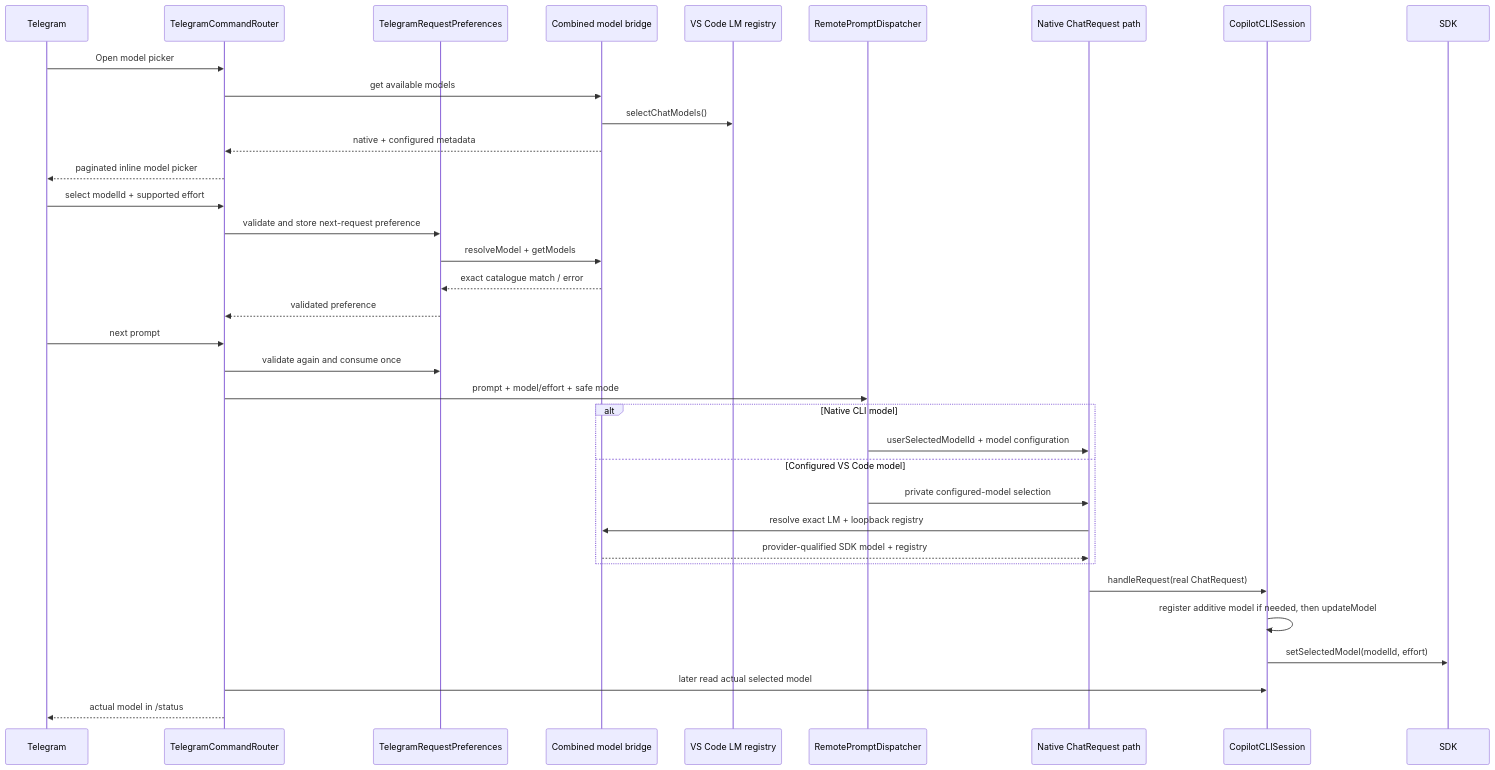
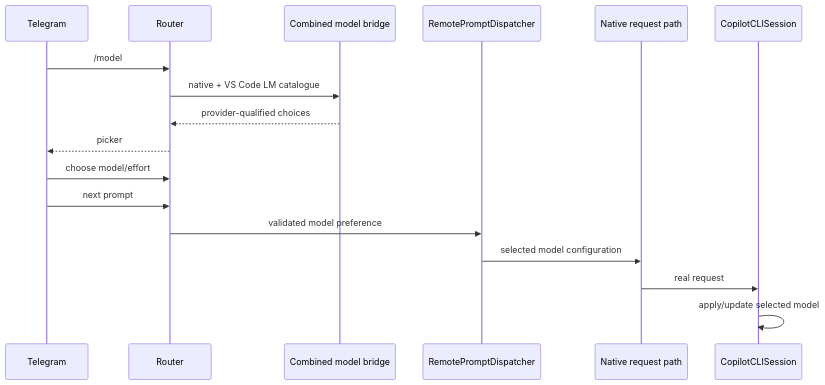
Diagram 15 of 17 in extensions/copilot/docs/telegram-remote/CALL_FLOWS.md (SachiHarshitha/vscode-telegram), drawn with Mermaid before and after one commit. The commit also changed other lines of this file, not shown here.

Commit message:
docs(telegram-remote): align call flows with current runtime

````diff
--- a/extensions/copilot/docs/telegram-remote/CALL_FLOWS.md
+++ b/extensions/copilot/docs/telegram-remote/CALL_FLOWS.md
@@ -394,37 +335,20 @@
 ```mermaid
 sequenceDiagram
     participant T as Telegram
-    participant C as TelegramCommandRouter
-    participant P as TelegramRequestPreferences
+    participant R as Router
     participant M as Combined model bridge
-    participant LM as VS Code LM registry
     participant D as RemotePromptDispatcher
-    participant VS as Native ChatRequest path
+    participant VS as Native request path
     participant S as CopilotCLISession
 
-    T->>C: Open model picker
-    C->>M: get available models
-    M->>LM: selectChatModels()
-    M-->>C: native + configured metadata
-    C-->>T: paginated inline model picker
-    T->>C: select modelId + supported effort
-    C->>P: validate and store next-request preference
-    P->>M: resolveModel + getModels
-    M-->>P: exact catalogue match / error
-    P-->>C: validated preference
-    T->>C: next prompt
-    C->>P: validate again and consume once
-    C->>D: prompt + model/effort + safe mode
-    alt Native CLI model
-        D->>VS: userSelectedModelId + model configuration
-    else Configured VS Code model
-        D->>VS: private configured-model selection
-        VS->>M: resolve exact LM + loopback registry
-        M-->>VS: provider-qualified SDK model + registry
-    end
-    VS->>S: handleRequest(real ChatRequest)
-    S->>S: register additive model if needed, then updateModel
-    S->>SDK: setSelectedModel(modelId, effort)
-    C->>S: later read actual selected model
-    C-->>T: actual model in /status
+    T->>R: /model
+    R->>M: native + VS Code LM catalogue
+    M-->>R: provider-qualified choices
+    R-->>T: picker
+    T->>R: choose model/effort
+    T->>R: next prompt
+    R->>D: validated model preference
+    D->>VS: selected model configuration
+    VS->>S: real request
+    S->>S: apply/update selected model
 ```
````
